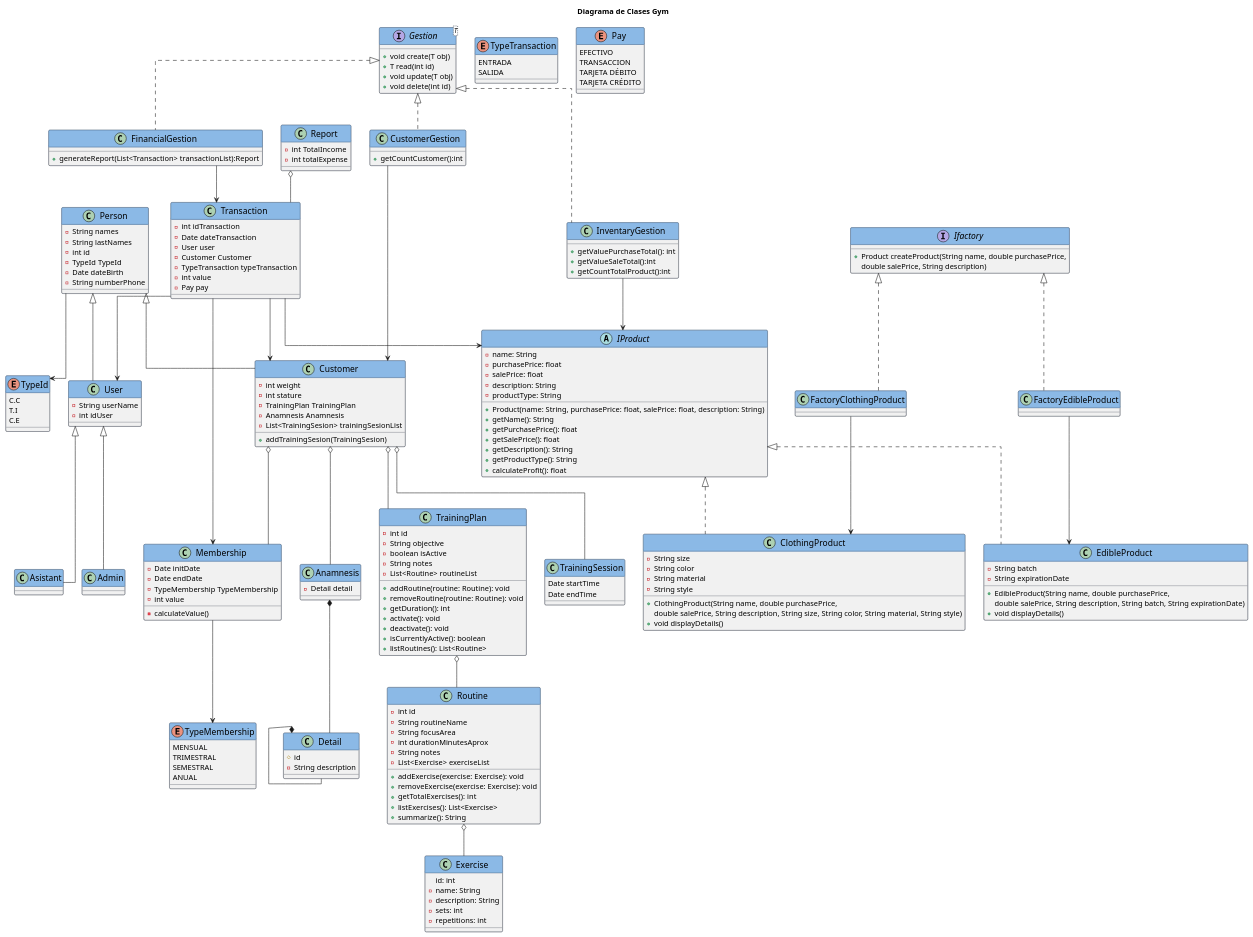
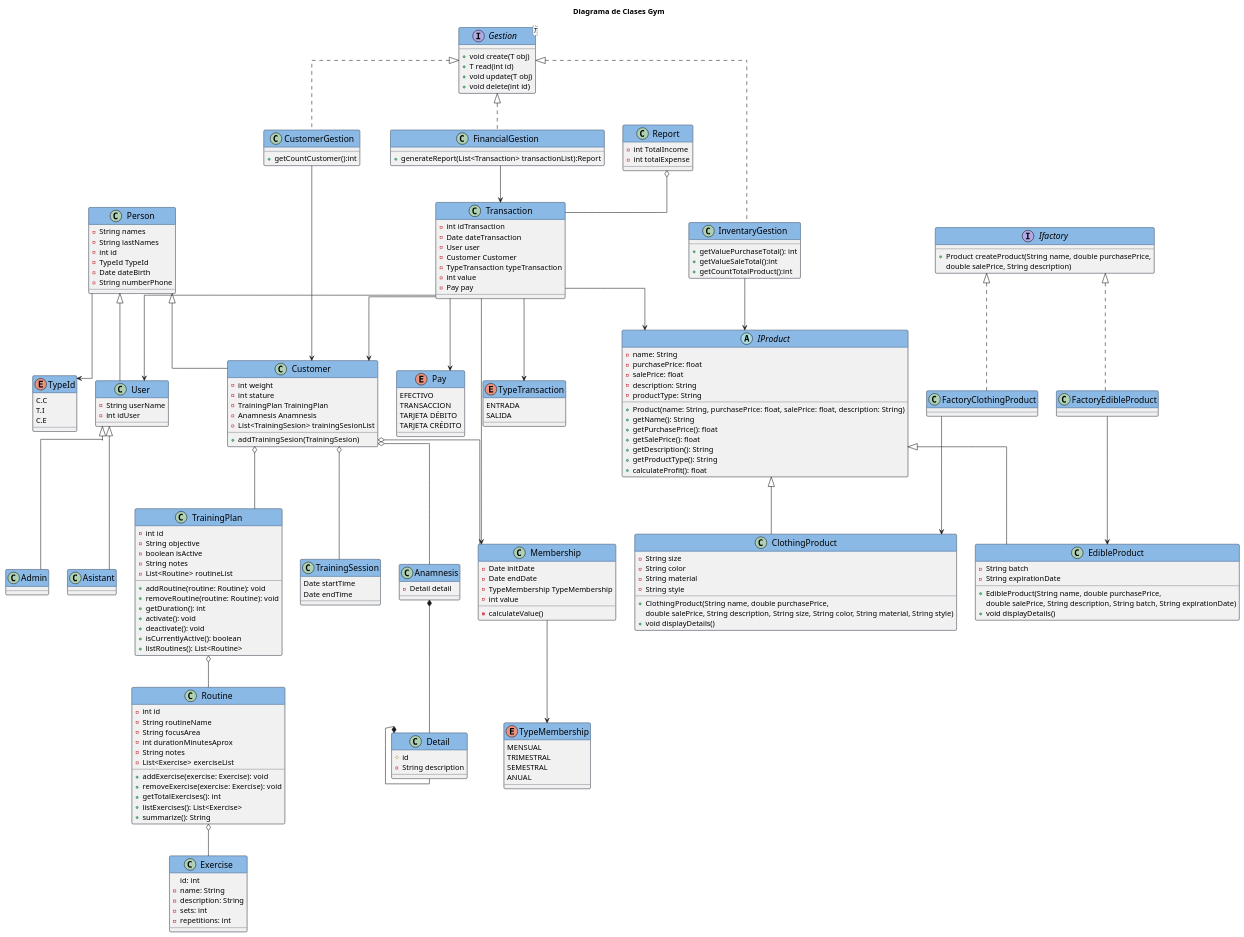
The diagram in modelos/clases.puml (brayanfu038/GymRepository), drawn with PlantUML before and after one commit. The commit also changed 1 other file, not shown here.

```diff
--- a/modelos/clases.puml
+++ b/modelos/clases.puml
@@ -171,7 +171,7 @@
 
 
 }
-' TODO: NO SE HA AÑADIDO AL DE DOMINIO 
+
 enum TypeTransaction{
     ENTRADA
     SALIDA
@@ -182,7 +182,7 @@
     TARJETA DÉBITO
     TARJETA CRÉDITO
 }
-'Todo: hasta aca
+
 class Report{
     - int TotalIncome
     - int totalExpense
@@ -194,8 +194,8 @@
 User <|-- Admin
 Ifactory <|.. FactoryClothingProduct
 Ifactory <|.. FactoryEdibleProduct
-IProduct <|.. EdibleProduct
-IProduct <|.. ClothingProduct
+IProduct <|-- EdibleProduct
+IProduct <|-- ClothingProduct
 Gestion <|.. InventaryGestion
 Gestion <|.. CustomerGestion
 Gestion <|.. FinancialGestion
@@ -220,6 +220,9 @@
 Transaction --> Membership
 Person --> TypeId
 Membership --> TypeMembership
+Transaction --> Pay
+Transaction --> TypeTransaction
+
 
 
 
```
